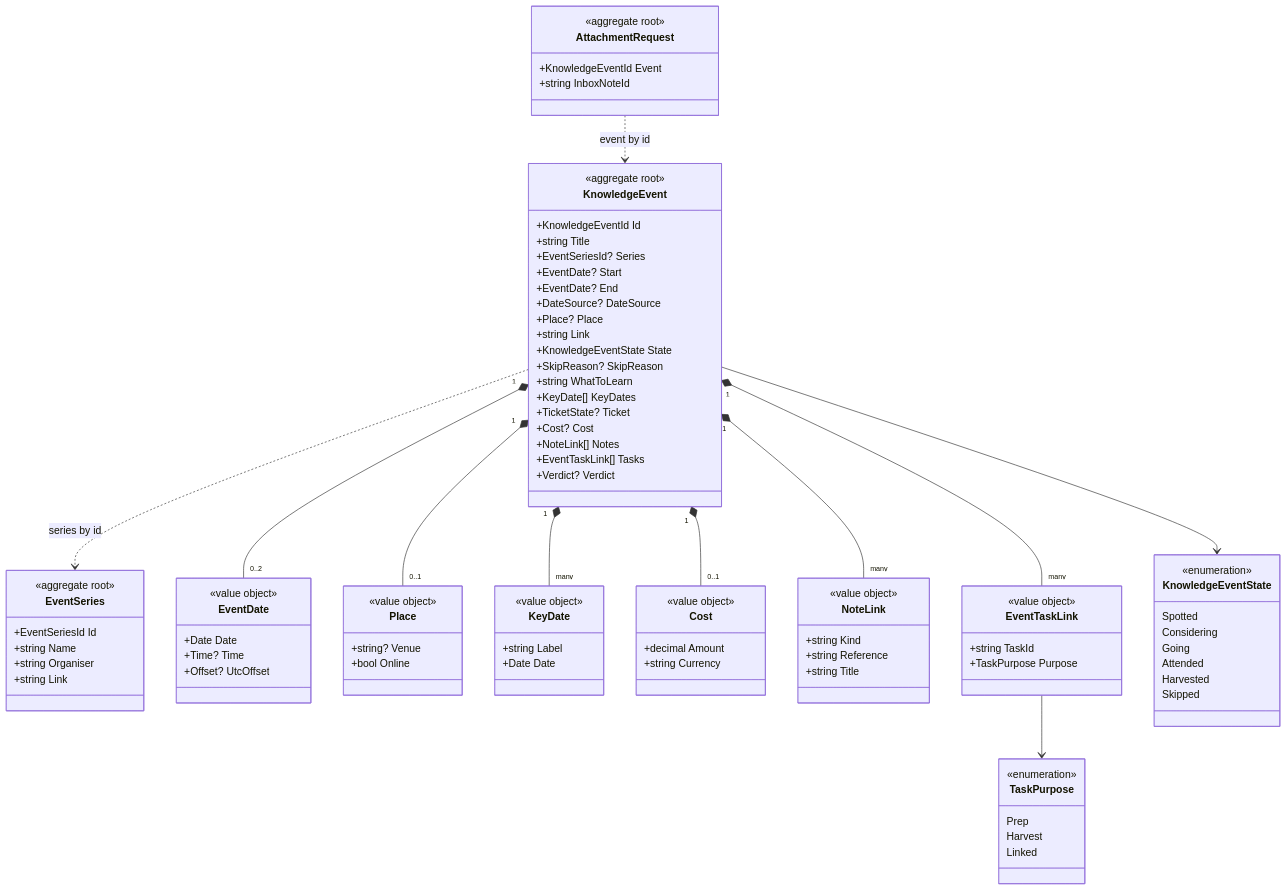
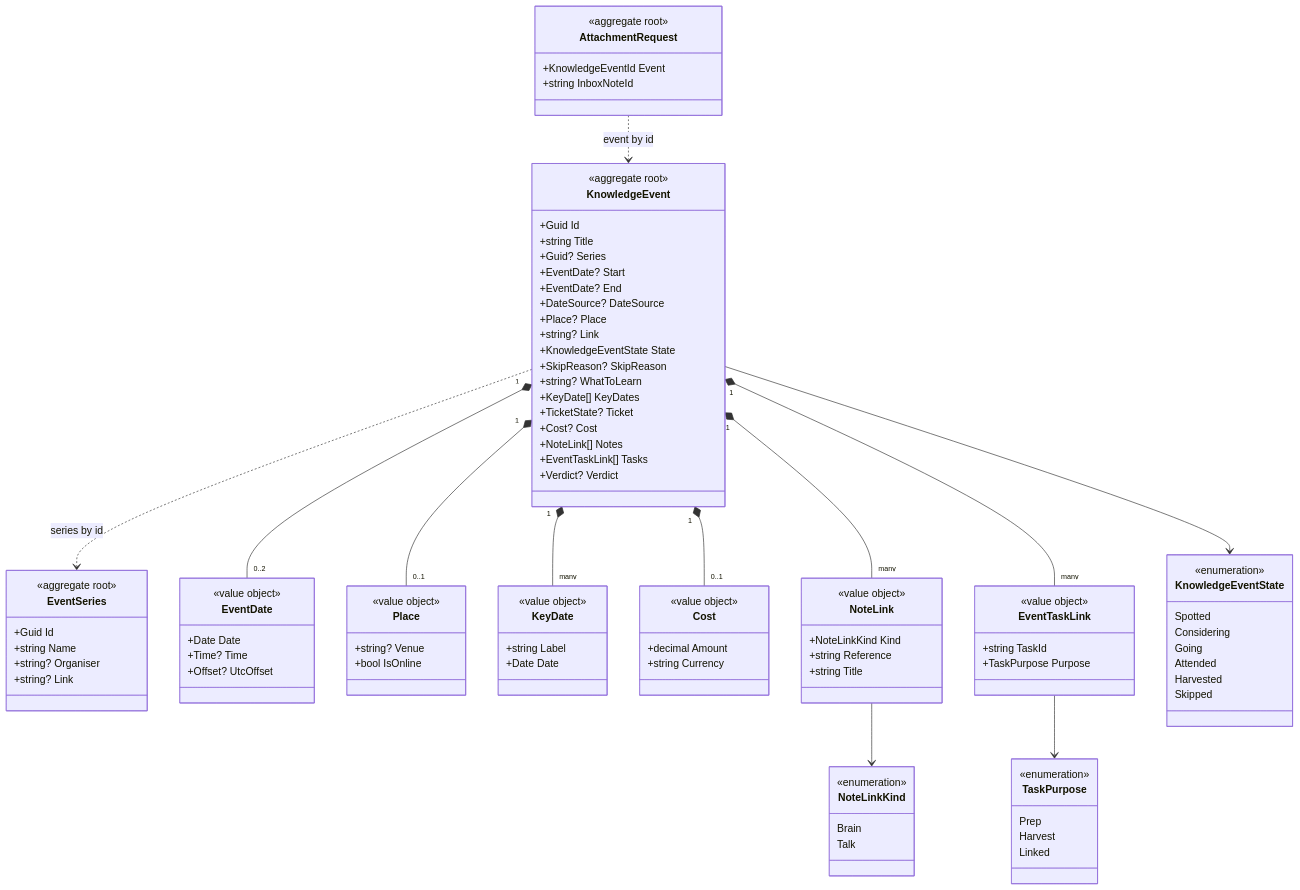
The diagram in .devbook/domain/events/model.md (JSdotNet/Backlog), drawn with Mermaid before and after one commit. The commit also changed 3 other files, not shown here.

````diff
--- a/.devbook/domain/events/model.md
+++ b/.devbook/domain/events/model.md
@@ -15,17 +15,17 @@
 classDiagram
     class KnowledgeEvent {
         <<aggregate root>>
-        +KnowledgeEventId Id
+        +Guid Id
         +string Title
-        +EventSeriesId? Series
+        +Guid? Series
         +EventDate? Start
         +EventDate? End
         +DateSource? DateSource
         +Place? Place
-        +string Link
+        +string? Link
         +KnowledgeEventState State
         +SkipReason? SkipReason
-        +string WhatToLearn
+        +string? WhatToLearn
         +KeyDate[] KeyDates
         +TicketState? Ticket
         +Cost? Cost
@@ -36,10 +36,10 @@
 
     class EventSeries {
         <<aggregate root>>
-        +EventSeriesId Id
+        +Guid Id
         +string Name
-        +string Organiser
-        +string Link
+        +string? Organiser
+        +string? Link
     }
 
     class AttachmentRequest {
@@ -58,7 +58,7 @@
     class Place {
         <<value object>>
         +string? Venue
-        +bool Online
+        +bool IsOnline
     }
 
     class KeyDate {
@@ -75,9 +75,15 @@
 
     class NoteLink {
         <<value object>>
-        +string Kind
+        +NoteLinkKind Kind
         +string Reference
         +string Title
+    }
+
+    class NoteLinkKind {
+        <<enumeration>>
+        Brain
+        Talk
     }
 
     class EventTaskLink {
@@ -111,6 +117,7 @@
     KnowledgeEvent "1" *-- "many" NoteLink
     KnowledgeEvent "1" *-- "many" EventTaskLink
     KnowledgeEvent --> KnowledgeEventState
+    NoteLink --> NoteLinkKind
     EventTaskLink --> TaskPurpose
     AttachmentRequest ..> KnowledgeEvent : event by id
 ```
````
